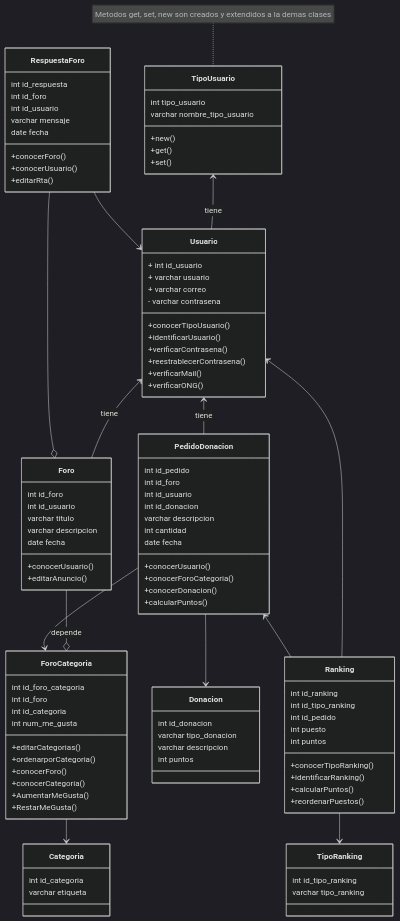
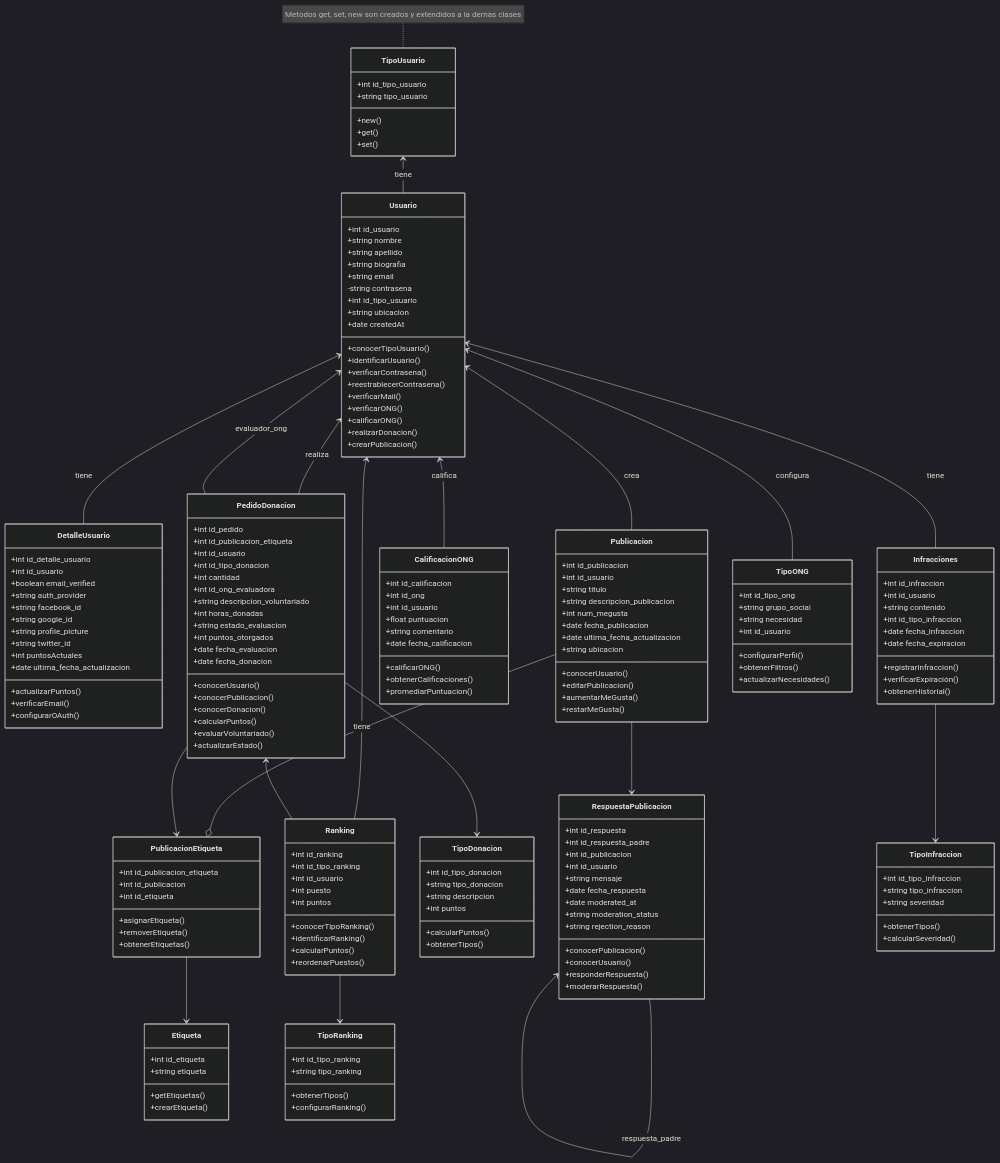
Before and after one commit to SantiagoSalvay/ProyectoFinalFAT: the diagram in diagramas/UMLdiagram.mmd, drawn with Mermaid (dark theme). The commit also changed 11 other files, not shown here.

```diff
--- a/diagramas/UMLdiagram.mmd
+++ b/diagramas/UMLdiagram.mmd
@@ -1,31 +1,47 @@
 classDiagram
     TipoUsuario <-- Usuario: tiene
-    Usuario <-- PedidoDonacion : tiene
-    Usuario <-- Foro: tiene
-    Foro --o ForoCategoria: depende
-    ForoCategoria --> Categoria
-    PedidoDonacion --> ForoCategoria
-    PedidoDonacion --> Donacion
-    RespuestaForo --> Usuario
-    RespuestaForo --o Foro
+    Usuario <-- DetalleUsuario: tiene
+    Usuario <-- Publicacion: crea
+    Usuario <-- PedidoDonacion : realiza
+    Usuario <-- CalificacionONG: califica
+    Usuario <-- Infracciones: tiene
+    Usuario <-- TipoONG: configura
+    
+    Publicacion --o PublicacionEtiqueta: tiene
+    PublicacionEtiqueta --> Etiqueta
+    Publicacion --> RespuestaPublicacion
+    RespuestaPublicacion --> RespuestaPublicacion: respuesta_padre
+    
+    PedidoDonacion --> PublicacionEtiqueta
+    PedidoDonacion --> TipoDonacion
+    PedidoDonacion --> Usuario: evaluador_ong
+    
     Usuario <-- Ranking
     PedidoDonacion <-- Ranking
     Ranking --> TipoRanking
+    
+    Infracciones --> TipoInfraccion
 
     class TipoUsuario{
-        int tipo_usuario
-        varchar nombre_tipo_usuario
+        +int id_tipo_usuario
+        +string tipo_usuario
 
         +new()
         +get()
         +set()
     }
     note for TipoUsuario "Metodos get, set, new son creados y extendidos a la demas clases"
+    
     class Usuario {
-        + int id_usuario
-        + varchar usuario
-        + varchar correo
-        - varchar contrasena
+        +int id_usuario
+        +string nombre
+        +string apellido
+        +string biografia
+        +string email
+        -string contrasena
+        +int id_tipo_usuario
+        +string ubicacion
+        +date createdAt
 
         +conocerTipoUsuario()
         +identificarUsuario()
@@ -33,80 +49,174 @@
         +reestrablecerContrasena()
         +verificarMail()
         +verificarONG()
-        
+        +calificarONG()
+        +realizarDonacion()
+        +crearPublicacion()
     }
+    
+    class DetalleUsuario {
+        +int id_detalle_usuario
+        +int id_usuario
+        +boolean email_verified
+        +string auth_provider
+        +string facebook_id
+        +string google_id
+        +string profile_picture
+        +string twitter_id
+        +int puntosActuales
+        +date ultima_fecha_actualizacion
+
+        +actualizarPuntos()
+        +verificarEmail()
+        +configurarOAuth()
+    }
+    
+    class Publicacion {
+        +int id_publicacion
+        +int id_usuario
+        +string titulo
+        +string descripcion_publicacion
+        +int num_megusta
+        +date fecha_publicacion
+        +date ultima_fecha_actualizacion
+        +string ubicacion
+
+        +conocerUsuario()
+        +editarPublicacion()
+        +aumentarMeGusta()
+        +restarMeGusta()
+    }
+    
+    class Etiqueta {
+        +int id_etiqueta
+        +string etiqueta
+
+        +getEtiquetas()
+        +crearEtiqueta()
+    }
+    
+    class PublicacionEtiqueta {
+        +int id_publicacion_etiqueta
+        +int id_publicacion
+        +int id_etiqueta
+
+        +asignarEtiqueta()
+        +removerEtiqueta()
+        +obtenerEtiquetas()
+    }
+    
+    class TipoDonacion {
+        +int id_tipo_donacion
+        +string tipo_donacion
+        +string descripcion
+        +int puntos
+
+        +calcularPuntos()
+        +obtenerTipos()
+    }
+    
+    class PedidoDonacion {
+        +int id_pedido
+        +int id_publicacion_etiqueta
+        +int id_usuario
+        +int id_tipo_donacion
+        +int cantidad
+        +int id_ong_evaluadora
+        +string descripcion_voluntariado
+        +int horas_donadas
+        +string estado_evaluacion
+        +int puntos_otorgados
+        +date fecha_evaluacion
+        +date fecha_donacion
+
+        +conocerUsuario()
+        +conocerPublicacion()
+        +conocerDonacion()
+        +calcularPuntos()
+        +evaluarVoluntariado()
+        +actualizarEstado()
+    }
+    
+    class CalificacionONG {
+        +int id_calificacion
+        +int id_ong
+        +int id_usuario
+        +float puntuacion
+        +string comentario
+        +date fecha_calificacion
+
+        +calificarONG()
+        +obtenerCalificaciones()
+        +promediarPuntuacion()
+    }
+    
+    class Infracciones {
+        +int id_infraccion
+        +int id_usuario
+        +string contenido
+        +int id_tipo_infraccion
+        +date fecha_infraccion
+        +date fecha_expiracion
+
+        +registrarInfraccion()
+        +verificarExpiración()
+        +obtenerHistorial()
+    }
+    
+    class TipoInfraccion {
+        +int id_tipo_infraccion
+        +string tipo_infraccion
+        +string severidad
+
+        +obtenerTipos()
+        +calcularSeveridad()
+    }
+    
+    class TipoONG {
+        +int id_tipo_ong
+        +string grupo_social
+        +string necesidad
+        +int id_usuario
+
+        +configurarPerfil()
+        +obtenerFiltros()
+        +actualizarNecesidades()
+    }
+    
+    class RespuestaPublicacion {
+        +int id_respuesta
+        +int id_respuesta_padre
+        +int id_publicacion
+        +int id_usuario
+        +string mensaje
+        +date fecha_respuesta
+        +date moderated_at
+        +string moderation_status
+        +string rejection_reason
+
+        +conocerPublicacion()
+        +conocerUsuario()
+        +responderRespuesta()
+        +moderarRespuesta()
+    }
+    
     class Ranking{
-        int id_ranking
-        int id_tipo_ranking
-        int id_pedido 
-        int puesto
-        int puntos
+        +int id_ranking
+        +int id_tipo_ranking
+        +int id_usuario
+        +int puesto
+        +int puntos
 
         +conocerTipoRanking()
         +identificarRanking()
         +calcularPuntos()
         +reordenarPuestos()
     }
+    
     class TipoRanking{
-        int id_tipo_ranking
-        varchar tipo_ranking
+        +int id_tipo_ranking
+        +string tipo_ranking
+
+        +obtenerTipos()
+        +configurarRanking()
     }
-    class Donacion {
-        int id_donacion 
-        varchar tipo_donacion
-        varchar descripcion
-        int puntos
-    }
-    class Foro {
-        int id_foro 
-        int id_usuario 
-        varchar titulo
-        varchar descripcion
-        date fecha
-
-        +conocerUsuario()
-        +editarAnuncio()
-
-    }
-    class Categoria {
-        int id_categoria 
-        varchar etiqueta
-    }
-    class ForoCategoria {
-        int id_foro_categoria 
-        int id_foro 
-        int id_categoria
-        int num_me_gusta 
-
-        +editarCategorias()
-        +ordenarporCategoria()
-        +conocerForo()
-        +conocerCategoria()
-        +AumentarMeGusta()
-        +RestarMeGusta()
-    }
-    class RespuestaForo {
-        int id_respuesta 
-        int id_foro 
-        int id_usuario 
-        varchar mensaje
-        date fecha
-
-        +conocerForo()
-        +conocerUsuario()
-        +editarRta()
-    }
-    class PedidoDonacion {
-        int id_pedido 
-        int id_foro 
-        int id_usuario 
-        int id_donacion 
-        varchar descripcion
-        int cantidad
-        date fecha
-
-        +conocerUsuario()
-        +conocerForoCategoria()
-        +conocerDonacion()
-        +calcularPuntos()
-    }
```
